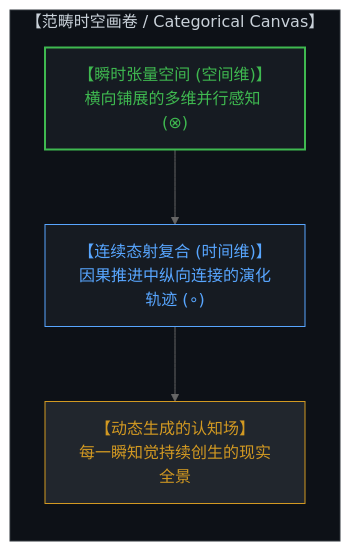
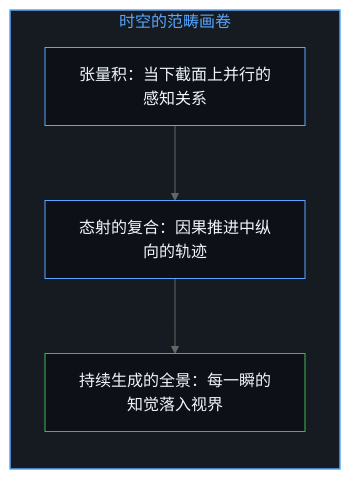
The first of 18 diagrams in content/posts/the-geometry-of-coexistence-and-the-dual-cut.md (powerpig99/not-a-toe), drawn with Mermaid (neutral theme) before and after one commit. The commit also changed other lines of this file and 2 other files, not shown here.

Commit message:
Refine the-geometry-of-coexistence-and-the-dual-cut: alternating bilingual layout, nine paired diagrams, institutions given their use, the observed and the inferred other, implicit first person

````diff
--- a/content/posts/the-geometry-of-coexistence-and-the-dual-cut.md
+++ b/content/posts/the-geometry-of-coexistence-and-the-dual-cut.md
@@ -17,15 +17,16 @@
 ```mermaid
-graph TD
-    subgraph CategoricalCanvas["【范畴时空画卷 / Categorical Canvas】"]
+flowchart TD
+    subgraph S_Canvas["时空的范畴画卷"]
         direction TB
-        TensorSpace["【瞬时张量空间 (空间维)】<br>横向铺展的多维并行感知 (⊗)"]
-        MorphismComp["【连续态射复合 (时间维)】<br>因果推进中纵向连接的演化轨迹 (∘)"]
-        GenerativeField["【动态生成的认知场】<br>每一瞬知觉持续创生的现实全景"]
-        TensorSpace --> MorphismComp
-        MorphismComp --> GenerativeField
+        Tensor["张量积：当下截面上并行的感知关系"]
+        Comp["态射的复合：因果推进中纵向的轨迹"]
+        Field["持续生成的全景：每一瞬的知觉落入视界"]
+        Tensor --> Comp
+        Comp --> Field
     end
-    style CategoricalCanvas fill:#0d1117,stroke:#30363d,stroke-width:1px,color:#c9d1d9
-    style TensorSpace fill:#161b22,stroke:#3fb950,stroke-width:2px,color:#3fb950
-    style MorphismComp fill:#161b22,stroke:#58a6ff,stroke-width:1px,color:#58a6ff
-    style GenerativeField fill:#21262d,stroke:#d29922,stroke-width:1px,color:#d29922
+
+    style S_Canvas fill:#161b22,stroke:#58a6ff,stroke-width:1.5px,color:#58a6ff
+    style Tensor fill:#0d1117,stroke:#58a6ff,stroke-width:1px,color:#f0f6fc
+    style Comp fill:#0d1117,stroke:#58a6ff,stroke-width:1px,color:#f0f6fc
+    style Field fill:#0d1117,stroke:#3fb950,stroke-width:1px,color:#f0f6fc
 ```
````
